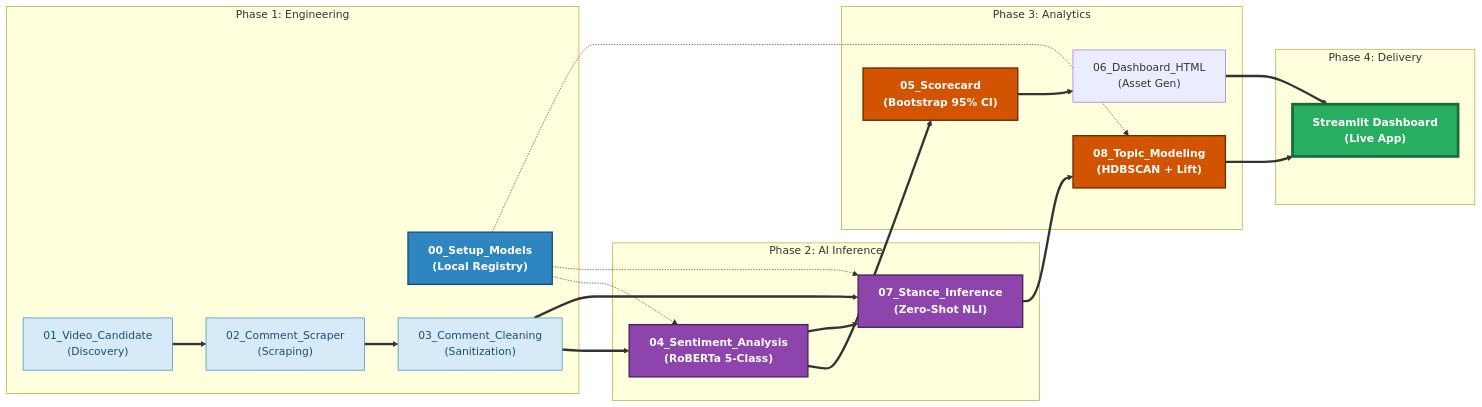
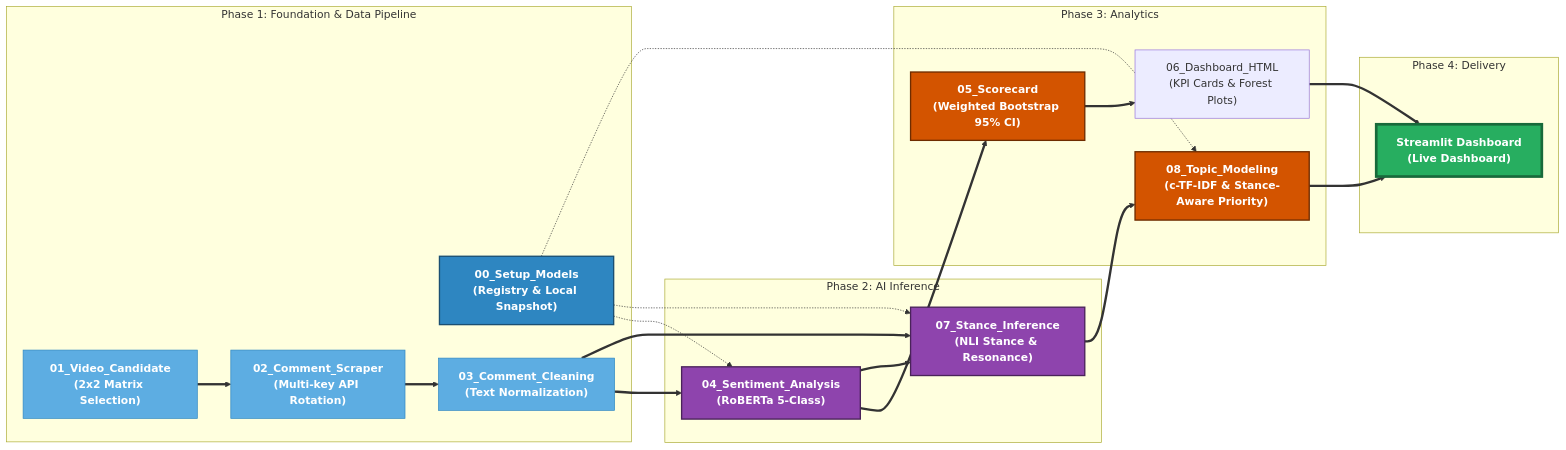
The diagram in readme.md (MangoSh0o-0719/brand-crisis-attribution-engine), drawn with Mermaid before and after one commit.

````diff
--- a/readme.md
+++ b/readme.md
@@ -9,60 +9,47 @@
 ```mermaid
 graph LR
-    %% 全局样式定义：解决对比度问题
+    %% 全局样式定义：高对比度白色文字
     classDef infra fill:#2E86C1,stroke:#1B4F72,stroke-width:2px,color:#fff,font-weight:bold;
-    classDef eng fill:#D6EAF8,stroke:#2E86C1,stroke-width:1px,color:#1B4F72;
+    classDef eng fill:#5DADE2,stroke:#2E86C1,stroke-width:1px,color:#fff,font-weight:bold;
     classDef ai fill:#8E44AD,stroke:#4A235A,stroke-width:2px,color:#fff,font-weight:bold;
     classDef stat fill:#D35400,stroke:#6E2C00,stroke-width:2px,color:#fff,font-weight:bold;
     classDef app fill:#27AE60,stroke:#186A3B,stroke-width:4px,color:#fff,font-weight:bold;
 
-    %% 阶段一：基础设施与工程
-    subgraph P1 ["Phase 1: Engineering"]
-        00["00_Setup_Models<br/>(Local Registry)"]
-        01["01_Video_Candidate<br/>(Discovery)"]
-        02["02_Comment_Scraper<br/>(Scraping)"]
-        03["03_Comment_Cleaning<br/>(Sanitization)"]
+    subgraph P1 ["Phase 1: Foundation & Data Pipeline"]
+        00["00_Setup_Models<br/>(Registry & Local Snapshot)"]
+        01["01_Video_Candidate<br/>(2x2 Matrix Selection)"]
+        02["02_Comment_Scraper<br/>(Multi-key API Rotation)"]
+        03["03_Comment_Cleaning<br/>(Text Normalization)"]
     end
 
-    %% 阶段二：AI 推理
     subgraph P2 ["Phase 2: AI Inference"]
         04["04_Sentiment_Analysis<br/>(RoBERTa 5-Class)"]
-        07["07_Stance_Inference<br/>(Zero-Shot NLI)"]
+        07["07_Stance_Inference<br/>(NLI Stance & Resonance)"]
     end
 
-    %% 阶段三：归因分析
     subgraph P3 ["Phase 3: Analytics"]
-        05["05_Scorecard<br/>(Bootstrap 95% CI)"]
-        08["08_Topic_Modeling<br/>(HDBSCAN + Lift)"]
-        06["06_Dashboard_HTML<br/>(Asset Gen)"]
+        05["05_Scorecard<br/>(Weighted Bootstrap 95% CI)"]
+        08["08_Topic_Modeling<br/>(c-TF-IDF & Stance-Aware Priority)"]
+        06["06_Dashboard_HTML<br/>(KPI Cards & Forest Plots)"]
     end
 
-    %% 阶段四：交付
     subgraph P4 ["Phase 4: Delivery"]
-        App["Streamlit Dashboard<br/>(Live App)"]
+        App["Streamlit Dashboard<br/>(Live Dashboard)"]
     end
 
-    %% 核心数据流：粗实线
-    01 ==> 02
-    02 ==> 03
-    03 ==> 04
+    %% 核心数据流
+    01 ==> 02 ==> 03 ==> 04 ==> 05 ==> 06 ==> App
     03 ==> 07
-    04 ==> 05
-    04 ==> 07
-    07 ==> 08
-    05 ==> 06
-    06 ==> App
-    08 ==> App
-
-    %% 模型依赖流：点线 (减少视觉重叠干扰)
+    04 ==> 07 ==> 08 ==> App
     00 -.-> 04
     00 -.-> 07
     00 -.-> 08
 
     %% 应用样式
     class 00 infra;
     class 01,02,03 eng;
     class 04,07 ai;
     class 05,08 stat;
     class 06 deliver;
     class App app;
 ```
````
